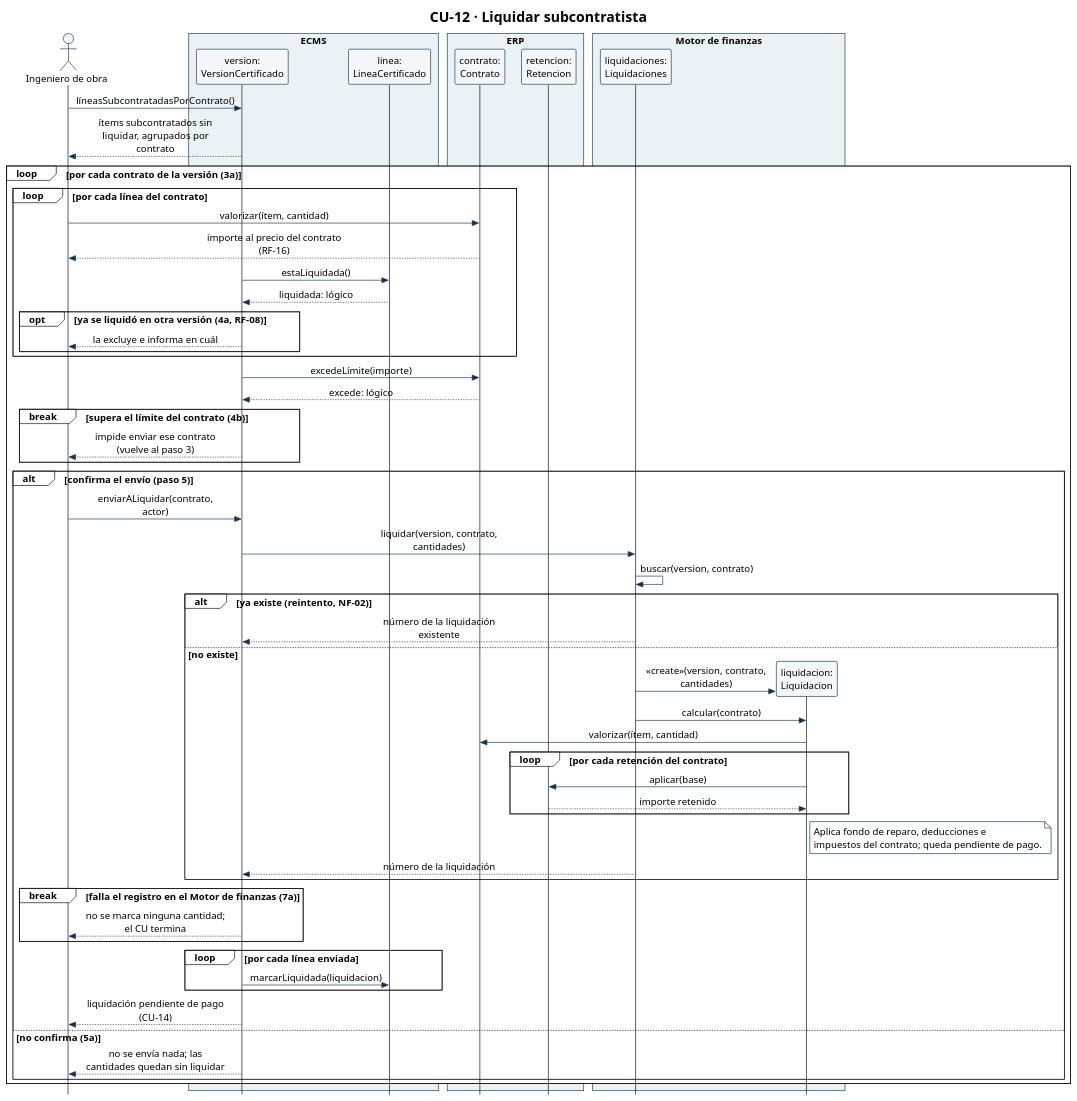
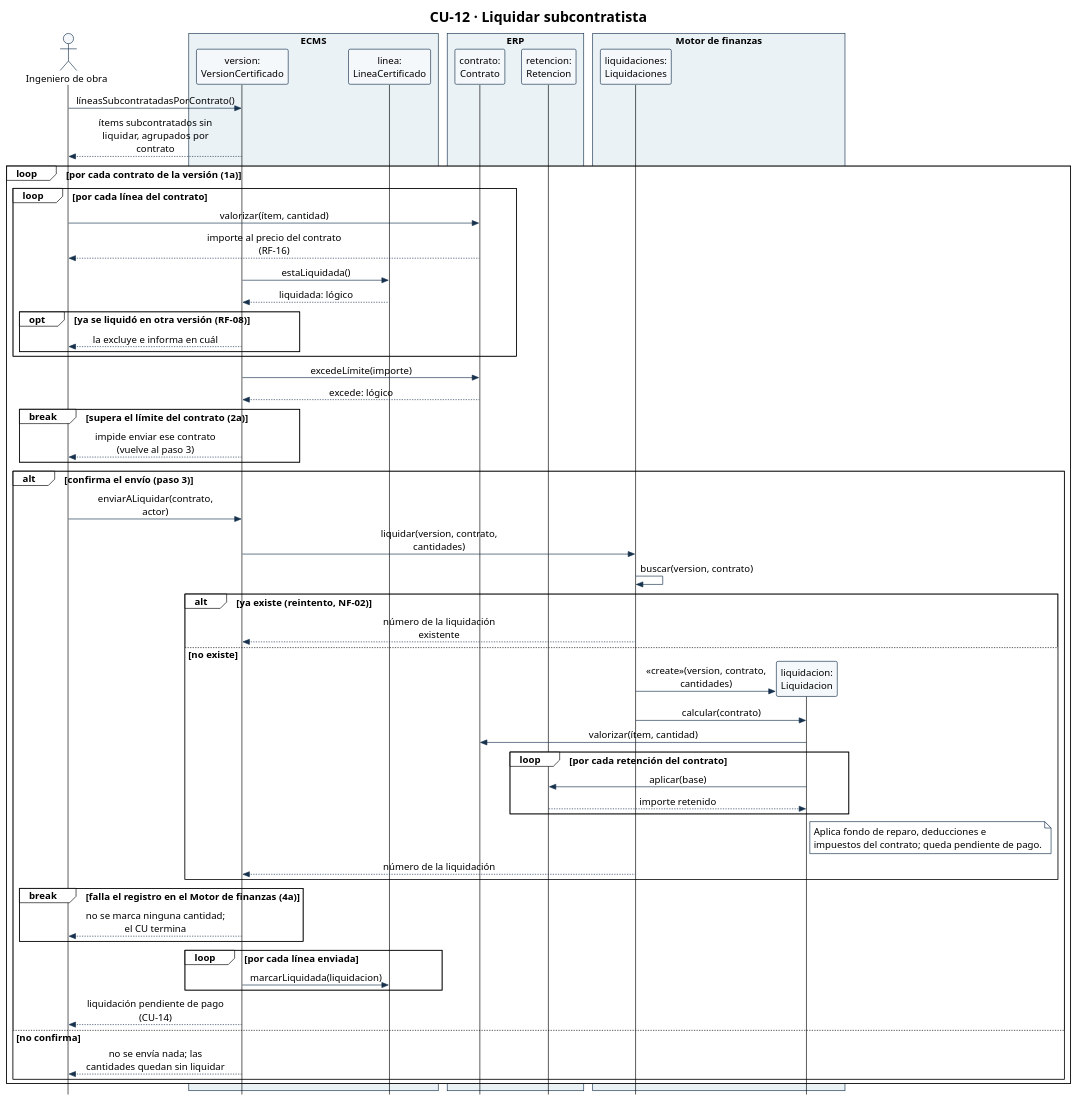
One commit to Ssrrb/tpf-uca changed the diagram in diagramas/CU-12-secuencia.puml. Above: the diagram before and after it, drawn with PlantUML. The commit also changed 12 other files, not shown here.

```diff
--- a/diagramas/CU-12-secuencia.puml
+++ b/diagramas/CU-12-secuencia.puml
@@ -1,86 +1,86 @@
 @startuml
 !theme plain
 skinparam style strictuml
 skinparam shadowing false
 skinparam defaultFontName Arial
 skinparam defaultFontSize 15
 skinparam sequenceMessageAlign center
 skinparam maxMessageSize 220
 skinparam ParticipantPadding 8
 skinparam BoxPadding 6
 skinparam ParticipantBackgroundColor #F5F8FA
 skinparam ParticipantBorderColor #17324D
 skinparam ActorBorderColor #17324D
 skinparam ActorBackgroundColor #F5F8FA
 skinparam ArrowColor #17324D
 skinparam SequenceBoxBorderColor #17324D
 skinparam note {
   BackgroundColor #FFFFFF
   BorderColor #17324D
 }
 hide footbox
 title CU-12 · Liquidar subcontratista
 actor "Ingeniero de obra" as Ing
 box "ECMS" #EAF2F6
 participant "version:\nVersionCertificado" as V
 participant "linea:\nLineaCertificado" as Lin
 end box
 box "ERP" #EAF2F6
 participant "contrato:\nContrato" as Con
 participant "retencion:\nRetencion" as Ret
 end box
 box "Motor de finanzas" #EAF2F6
 participant "liquidaciones:\nLiquidaciones" as Mot
 participant "liquidacion:\nLiquidacion" as Liq
 end box
 
 Ing -> V: líneasSubcontratadasPorContrato()
 V --> Ing: ítems subcontratados sin liquidar, agrupados por contrato
-loop por cada contrato de la versión (3a)
+loop por cada contrato de la versión (1a)
   loop por cada línea del contrato
     Ing -> Con: valorizar(ítem, cantidad)
     Con --> Ing: importe al precio del contrato (RF-16)
     V -> Lin: estaLiquidada()
     Lin --> V: liquidada: lógico
-    opt ya se liquidó en otra versión (4a, RF-08)
+    opt ya se liquidó en otra versión (RF-08)
       V --> Ing: la excluye e informa en cuál
     end
   end
   V -> Con: excedeLímite(importe)
   Con --> V: excede: lógico
-  break supera el límite del contrato (4b)
+  break supera el límite del contrato (2a)
     V --> Ing: impide enviar ese contrato (vuelve al paso 3)
   end
-  alt confirma el envío (paso 5)
+  alt confirma el envío (paso 3)
     Ing -> V: enviarALiquidar(contrato, actor)
     V -> Mot: liquidar(version, contrato, cantidades)
     Mot -> Mot: buscar(version, contrato)
     alt ya existe (reintento, NF-02)
       Mot --> V: número de la liquidación existente
     else no existe
       create Liq
       Mot -> Liq: «create»(version, contrato, cantidades)
       Mot -> Liq: calcular(contrato)
       Liq -> Con: valorizar(ítem, cantidad)
       loop por cada retención del contrato
         Liq -> Ret: aplicar(base)
         Ret --> Liq: importe retenido
       end
       note right of Liq
         Aplica fondo de reparo, deducciones e
         impuestos del contrato; queda pendiente de pago.
       end note
       Mot --> V: número de la liquidación
     end
-    break falla el registro en el Motor de finanzas (7a)
+    break falla el registro en el Motor de finanzas (4a)
       V --> Ing: no se marca ninguna cantidad; el CU termina
     end
     loop por cada línea enviada
       V -> Lin: marcarLiquidada(liquidacion)
     end
     V --> Ing: liquidación pendiente de pago (CU-14)
-  else no confirma (5a)
+  else no confirma
     V --> Ing: no se envía nada; las cantidades quedan sin liquidar
   end
 end
 @enduml
```
